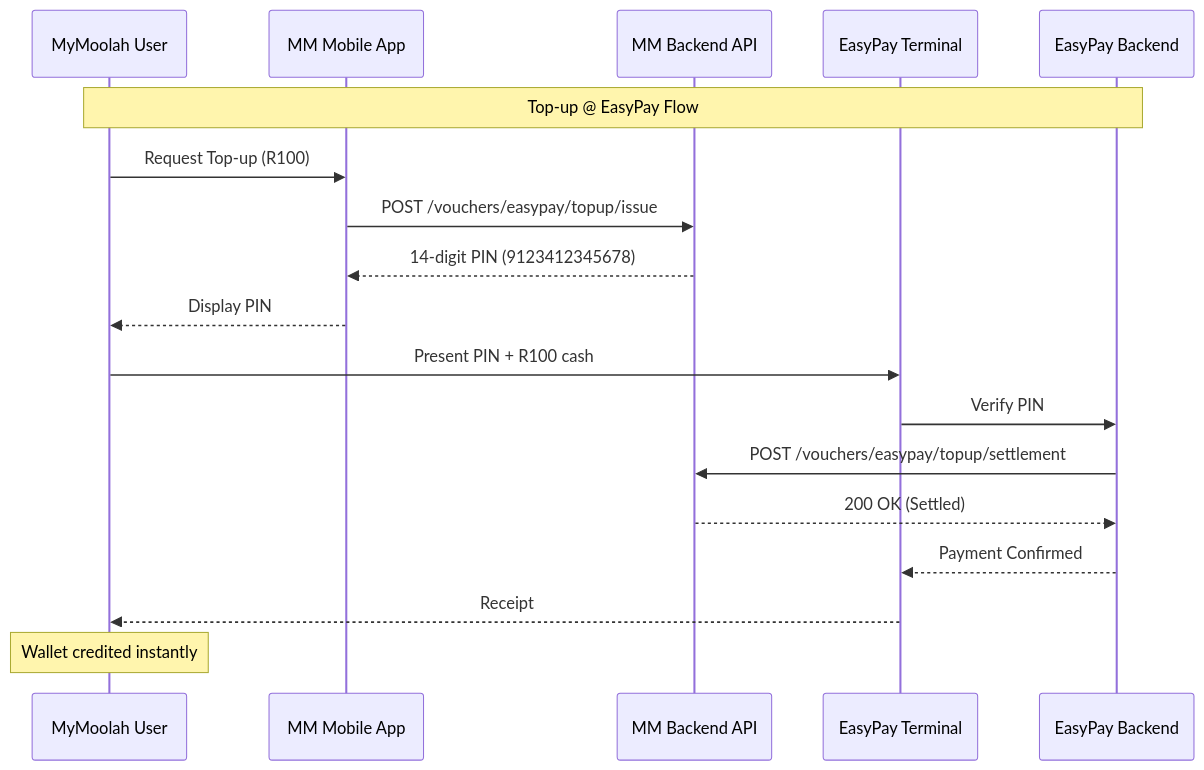
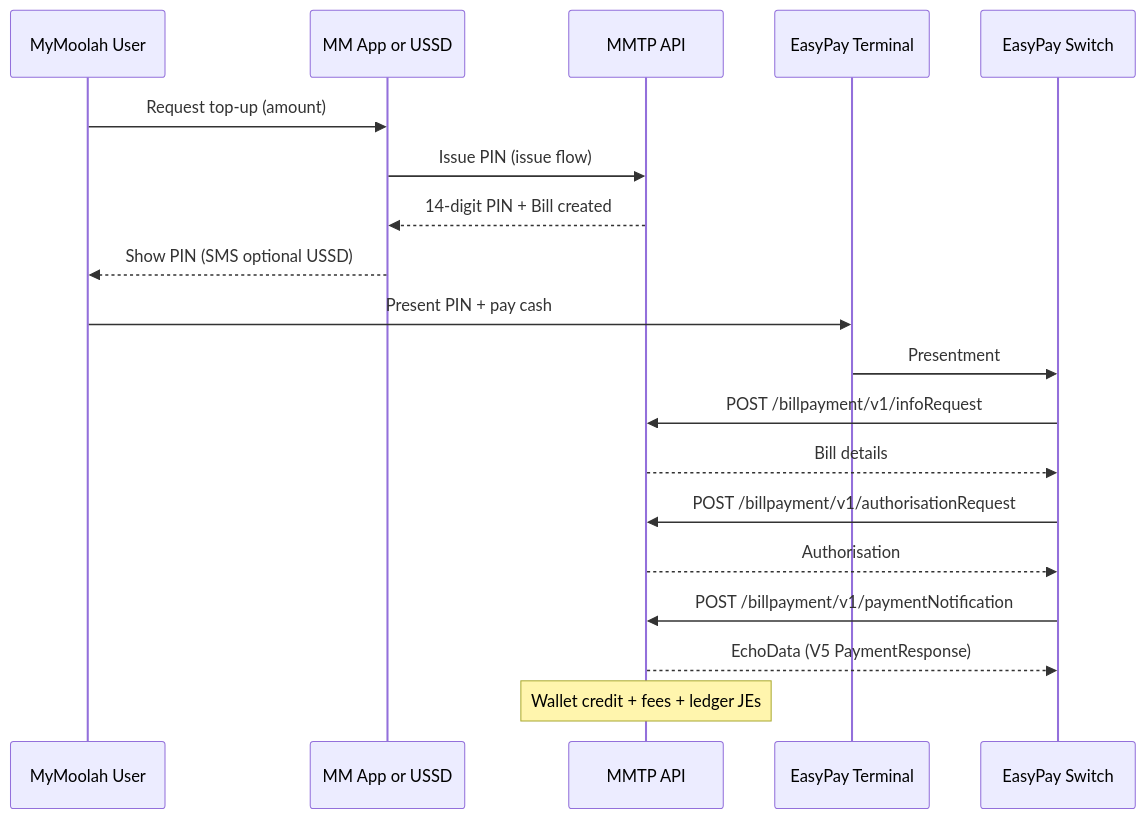
Before and after one commit to mymoolah-africa/mymoolah-platform: the first of 7 diagrams in docs/integrations/EasyPay_API_Integration_Guide.md, drawn with Mermaid. The commit also changed other lines of this file and 12 other files, not shown here.

First line of the commit message:
docs: EasyPay V5 partner Q&A checklist and full doc alignment (v2.94.3)

````diff
--- a/docs/integrations/EasyPay_API_Integration_Guide.md
+++ b/docs/integrations/EasyPay_API_Integration_Guide.md
@@ -40,21 +51,22 @@
 ```mermaid
 sequenceDiagram
     participant User as MyMoolah User
-    participant App as MM Mobile App
-    participant API as MM Backend API
+    participant App as MM App or USSD
+    participant API as MMTP API
     participant EP as EasyPay Terminal
-    participant EPBackend as EasyPay Backend
-    
-    Note over User,EPBackend: Top-up @ EasyPay Flow
-    User->>App: Request Top-up (R100)
-    App->>API: POST /vouchers/easypay/topup/issue
-    API-->>App: 14-digit PIN (9123412345678)
-    App-->>User: Display PIN
-    User->>EP: Present PIN + R100 cash
-    EP->>EPBackend: Verify PIN
-    EPBackend->>API: POST /vouchers/easypay/topup/settlement
-    API-->>EPBackend: 200 OK (Settled)
-    EPBackend-->>EP: Payment Confirmed
-    EP-->>User: Receipt
-    Note over User: Wallet credited instantly
+    participant EPSwitch as EasyPay Switch
+
+    User->>App: Request top-up (amount)
+    App->>API: Issue PIN (issue flow)
+    API-->>App: 14-digit PIN + Bill created
+    App-->>User: Show PIN (SMS optional USSD)
+    User->>EP: Present PIN + pay cash
+    EP->>EPSwitch: Presentment
+    EPSwitch->>API: POST /billpayment/v1/infoRequest
+    API-->>EPSwitch: Bill details
+    EPSwitch->>API: POST /billpayment/v1/authorisationRequest
+    API-->>EPSwitch: Authorisation
+    EPSwitch->>API: POST /billpayment/v1/paymentNotification
+    API-->>EPSwitch: EchoData (V5 PaymentResponse)
+    Note over API: Wallet credit + fees + ledger JEs
 ```
````
